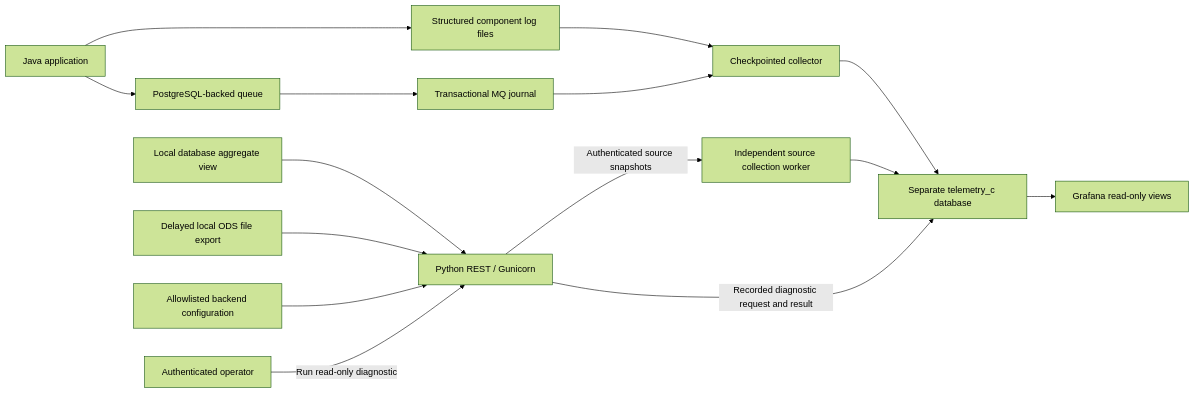
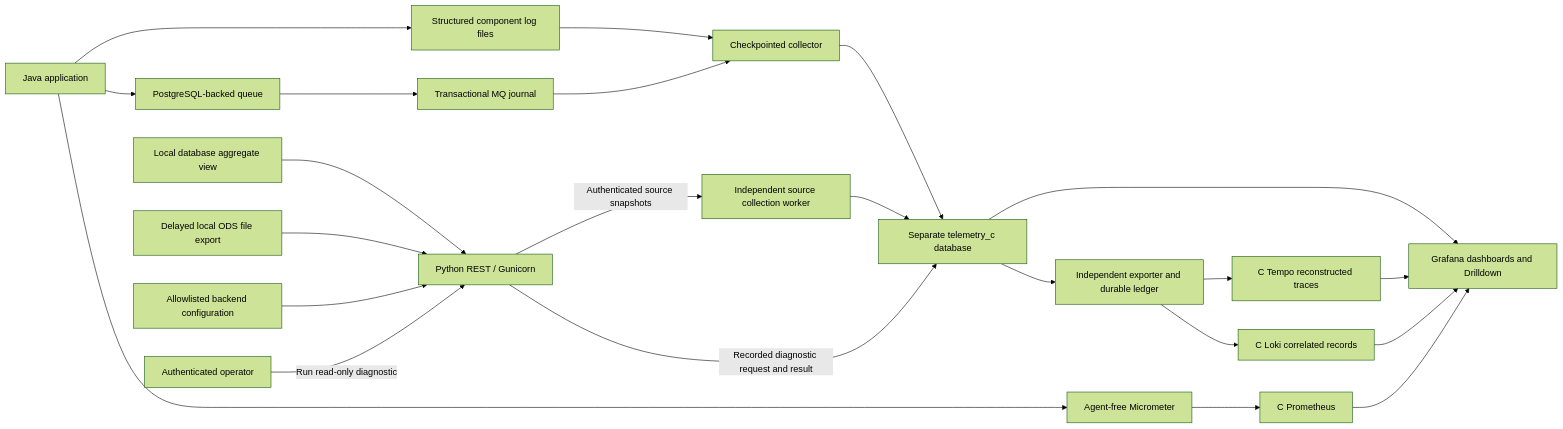
One commit to usharma123/CIT changed the diagram in observability/approach-c/README.md. Above: the diagram before and after it, drawn with Mermaid (forest theme). The commit also changed other lines of this file and 47 other files, not shown here.

First line of the commit message:
feat: Approach C business process views and horizontal process timeline

````diff
--- a/observability/approach-c/README.md
+++ b/observability/approach-c/README.md
@@ -20,17 +24,25 @@
 ```mermaid
 flowchart LR
   APP[Java application] --> LOG[Structured component log files]
   APP --> MQ[PostgreSQL-backed queue]
   MQ --> JOURNAL[Transactional MQ journal]
   LOG --> REPORTER[Checkpointed collector]
   JOURNAL --> REPORTER
   REPORTER --> STORE[Separate telemetry_c database]
-  STORE --> GRAFANA[Grafana read-only views]
+  STORE --> GRAFANA[Grafana dashboards and Drilldown]
+  STORE --> EXPORT[Independent exporter and durable ledger]
+  EXPORT --> TEMPO[C Tempo reconstructed traces]
+  EXPORT --> LOKI[C Loki correlated records]
+  APP --> METRICS[Agent-free Micrometer]
+  METRICS --> PROM[C Prometheus]
+  TEMPO --> GRAFANA
+  LOKI --> GRAFANA
+  PROM --> GRAFANA
   DB[Local database aggregate view] --> API[Python REST / Gunicorn]
   ODS[Delayed local ODS file export] --> API
   CONFIG[Allowlisted backend configuration] --> API
   API -->|Authenticated source snapshots| SOURCES[Independent source collection worker]
   SOURCES --> STORE
   OPERATOR[Authenticated operator] -->|Run read-only diagnostic| API
   API -->|Recorded diagnostic request and result| STORE
 ```
````
